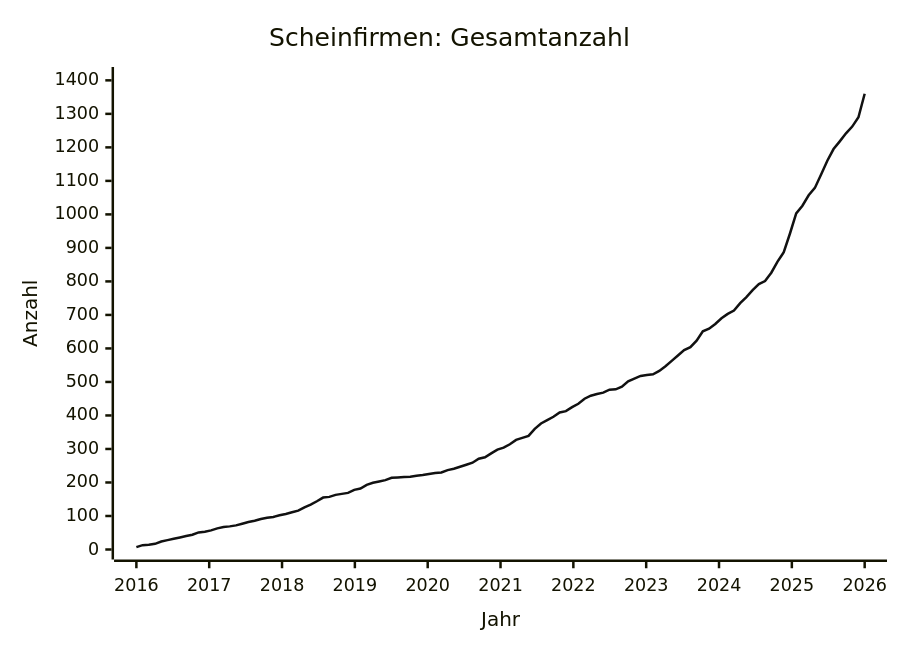
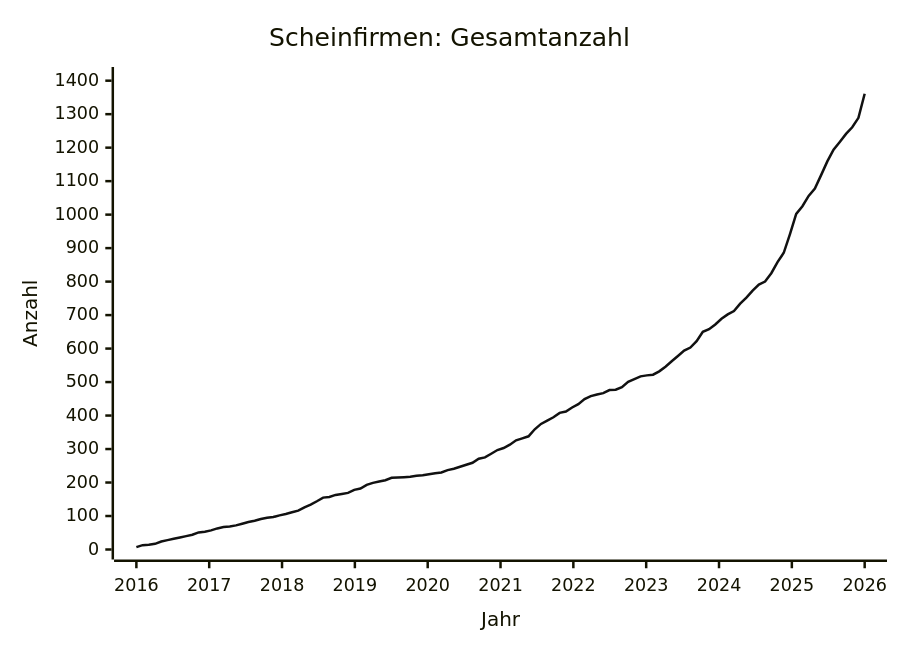
Before and after one commit to arjoma/scheinfirmen-at: the diagram in data/STATS.md, drawn with Mermaid. The commit also changed other lines of this file and 3 other files, not shown here.

````diff
--- a/data/STATS.md
+++ b/data/STATS.md
@@ -9,13 +9,13 @@
 ```mermaid
 ---
 config:
   themeVariables:
     xyChart:
       plotColorPalette: "#111111"
 ---
 xychart-beta
     title "Scheinfirmen: Gesamtanzahl"
     x-axis "Jahr" 2016 --> 2026
-    y-axis "Anzahl" 0 --> 1410
-    line [7, 13, 14, 17, 24, 28, 32, 36, 40, 44, 51, 53, 57, 63, 67, 69, 72, 77, 82, 86, 91, 95, 97, 102, 106, 111, 116, 126, 134, 144, 155, 157, 163, 166, 169, 178, 182, 193, 199, 203, 207, 214, 215, 216, 217, 220, 222, 225, 228, 230, 237, 241, 247, 253, 259, 271, 275, 287, 298, 304, 314, 327, 333, 339, 360, 376, 386, 396, 409, 413, 425, 435, 450, 459, 464, 468, 477, 478, 486, 502, 510, 518, 521, 523, 533, 547, 563, 579, 595, 604, 623, 651, 659, 673, 690, 703, 713, 735, 753, 774, 792, 801, 826, 859, 887, 943, 1003, 1026, 1057, 1079, 1119, 1160, 1195, 1218, 1242, 1262, 1290, 1360]
+    y-axis "Anzahl" 0 --> 1411
+    line [7, 13, 14, 17, 24, 28, 32, 36, 40, 44, 51, 53, 57, 63, 67, 69, 72, 77, 82, 86, 91, 95, 97, 102, 106, 111, 116, 126, 134, 144, 155, 157, 163, 166, 169, 178, 182, 193, 199, 203, 207, 214, 215, 216, 217, 220, 222, 225, 228, 230, 237, 241, 247, 253, 259, 271, 275, 286, 297, 303, 313, 326, 332, 338, 359, 375, 385, 395, 408, 412, 424, 434, 449, 458, 463, 467, 476, 477, 485, 501, 509, 517, 520, 522, 532, 546, 562, 578, 594, 603, 622, 650, 658, 672, 689, 702, 712, 734, 752, 773, 791, 800, 825, 858, 886, 942, 1002, 1025, 1056, 1078, 1118, 1159, 1194, 1217, 1241, 1261, 1289, 1361]
 ```
````
